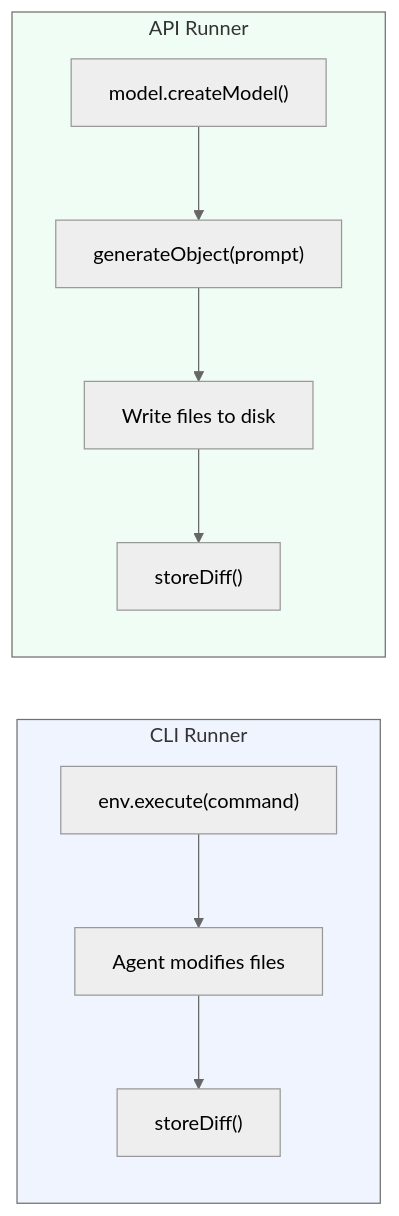
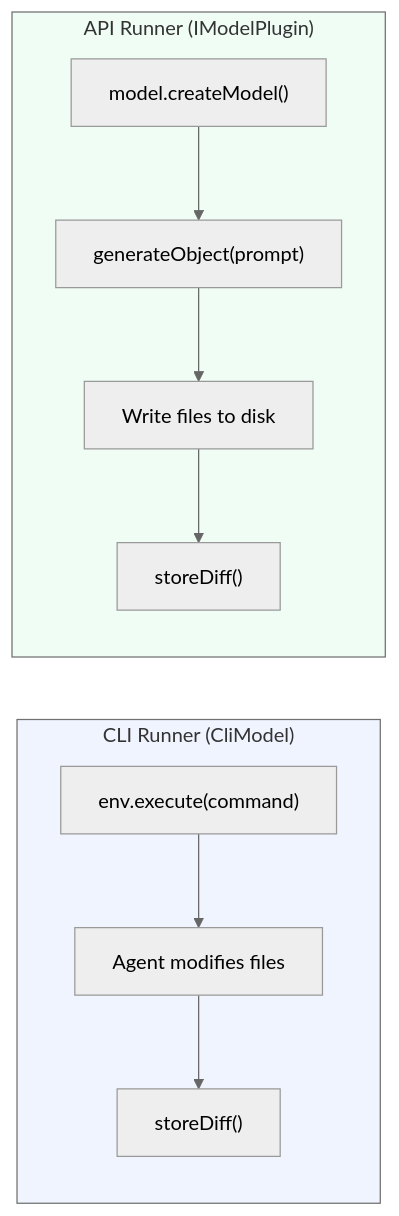
One commit to Tlahey/agent-eval changed the second of 2 diagrams in apps/docs/guide/runners.md. Above: the diagram before and after it, drawn with Mermaid (neutral theme). The commit also changed other lines of this file and 35 other files, not shown here.

````diff
--- a/apps/docs/guide/runners.md
+++ b/apps/docs/guide/runners.md
@@ -267,16 +261,16 @@
 ```mermaid
 flowchart LR
-    subgraph CLI["CLI Runner"]
+    subgraph CLI["CLI Runner (CliModel)"]
         A["env.execute(command)"] --> B["Agent modifies files"]
         B --> C["storeDiff()"]
     end
 
-    subgraph API["API Runner"]
+    subgraph API["API Runner (IModelPlugin)"]
         D["model.createModel()"] --> E["generateObject(prompt)"]
         E --> F["Write files to disk"]
         F --> G["storeDiff()"]
     end
 
     style CLI fill:#f0f4ff
     style API fill:#f0fdf4
 ```
````
